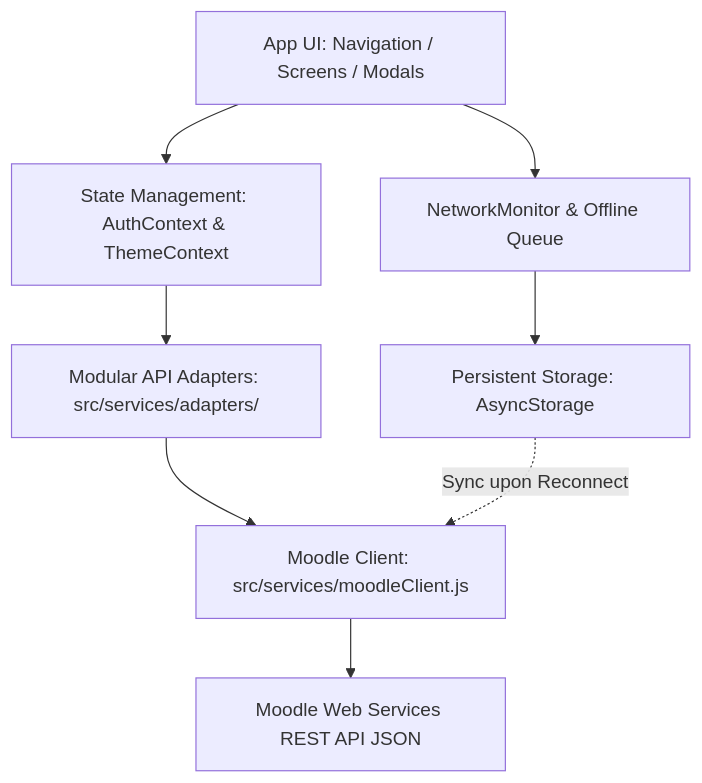
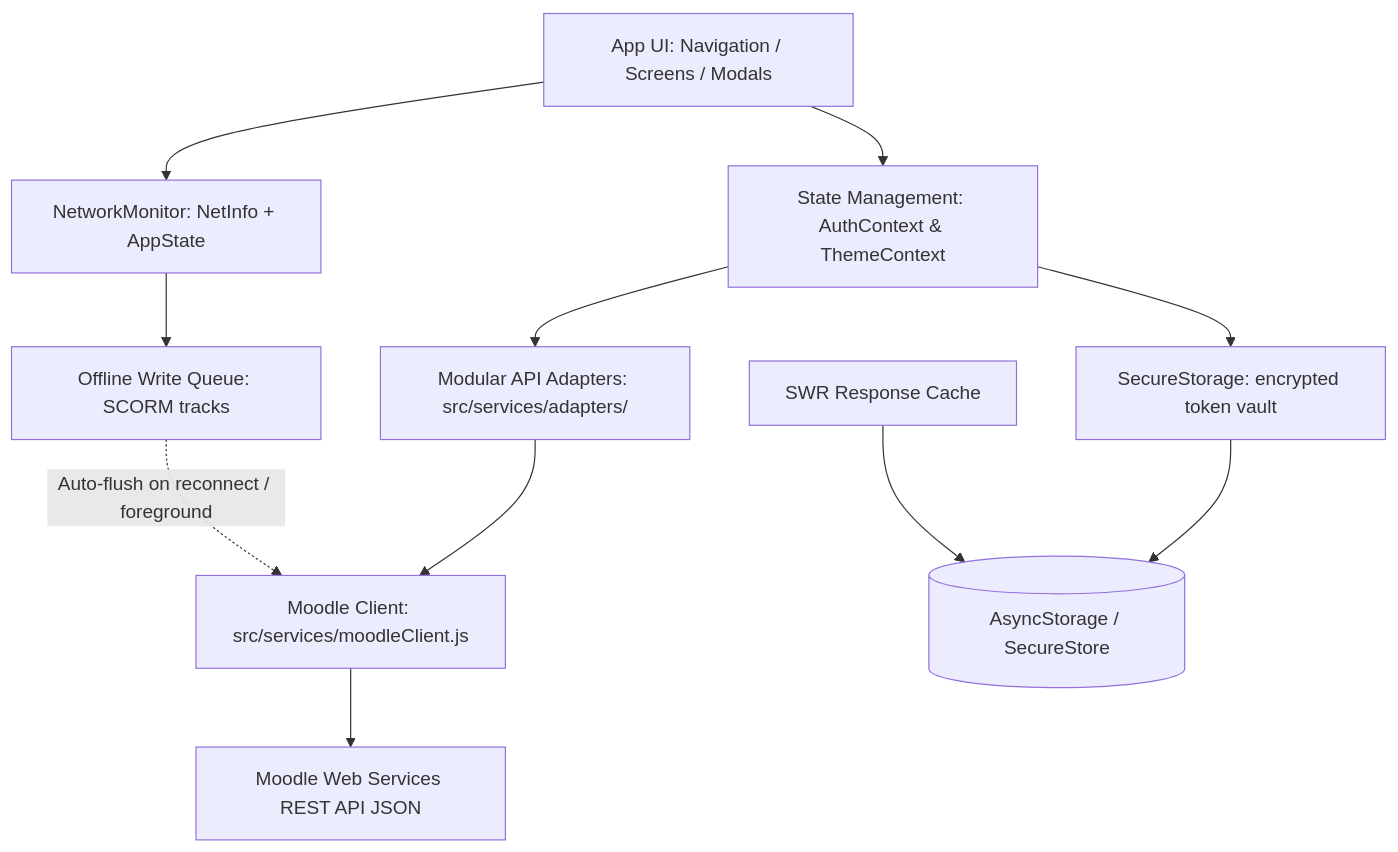
One commit to shashankh3/moodle-lms-android changed the diagram in README.md. Above: the diagram before and after it, drawn with Mermaid. The commit also changed other lines of this file and 1 other file, not shown here.

````diff
--- a/README.md
+++ b/README.md
@@ -101,11 +104,15 @@
 ```mermaid
 graph TD
     UI[App UI: Navigation / Screens / Modals] --> CTX[State Management: AuthContext & ThemeContext]
     CTX --> ADAPT[Modular API Adapters: src/services/adapters/]
     ADAPT --> CLIENT[Moodle Client: src/services/moodleClient.js]
     CLIENT --> REST[Moodle Web Services REST API JSON]
-    
-    UI --> NET[NetworkMonitor & Offline Queue]
-    NET --> CACHE[Persistent Storage: AsyncStorage]
-    CACHE -. Sync upon Reconnect .-> CLIENT
+
+    UI --> NET[NetworkMonitor: NetInfo + AppState]
+    NET --> QUEUE[Offline Write Queue: SCORM tracks]
+    QUEUE -. Auto-flush on reconnect / foreground .-> CLIENT
+
+    CTX --> SEC[SecureStorage: encrypted token vault]
+    SEC --> AS[(AsyncStorage / SecureStore)]
+    CACHE[SWR Response Cache] --> AS
 ```
````
